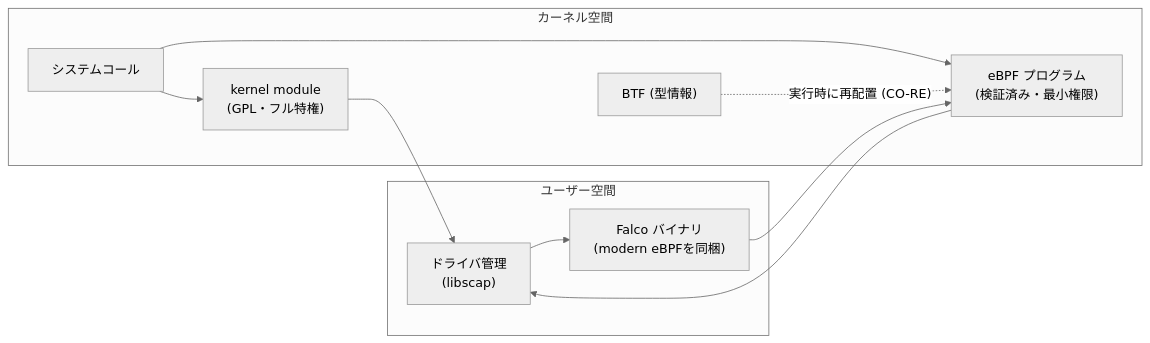
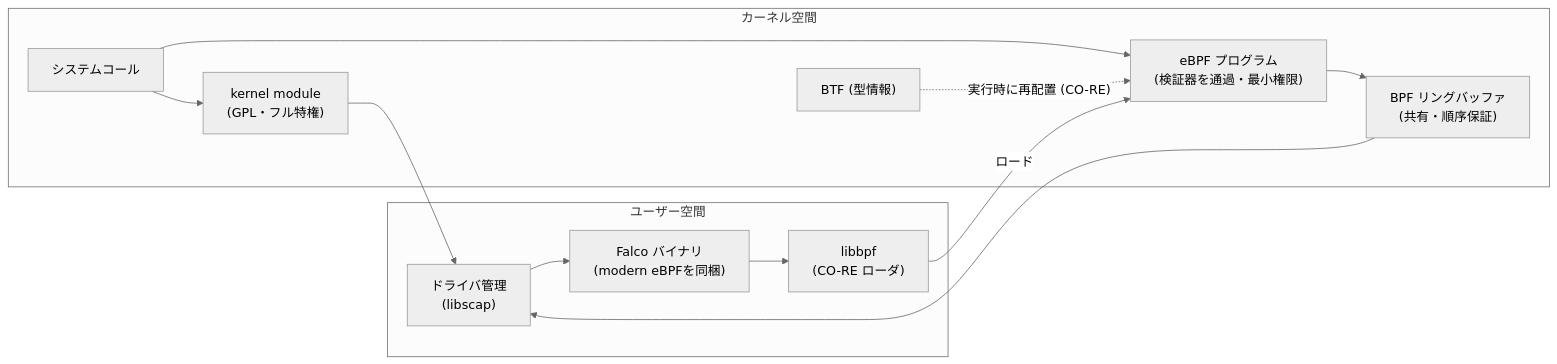
The second of 5 diagrams in books/falco-evolution-nextgen-runtime/chapter01-falco-evolution.md (keitahigaki-prog/zenn-falco-series), drawn with Mermaid (neutral theme) before and after one commit. The commit also changed other lines of this file, not shown here.

````diff
--- a/books/falco-evolution-nextgen-runtime/chapter01-falco-evolution.md
+++ b/books/falco-evolution-nextgen-runtime/chapter01-falco-evolution.md
@@ -82,20 +120,24 @@
 ```mermaid
 flowchart LR
     subgraph K["カーネル空間"]
         SC["システムコール"]
         KM["kernel module<br/>(GPL・フル特権)"]
-        EBPF["eBPF プログラム<br/>(検証済み・最小権限)"]
+        EBPF["eBPF プログラム<br/>(検証器を通過・最小権限)"]
         BTF["BTF (型情報)"]
+        RB["BPF リングバッファ<br/>(共有・順序保証)"]
     end
     subgraph U["ユーザー空間"]
+        LIBBPF["libbpf<br/>(CO-RE ローダ)"]
         DRV["ドライバ管理<br/>(libscap)"]
         BIN["Falco バイナリ<br/>(modern eBPFを同梱)"]
     end
     SC --> KM
     SC --> EBPF
     BTF -. "実行時に再配置 (CO-RE)" .-> EBPF
+    BIN --> LIBBPF
+    LIBBPF -- "ロード" --> EBPF
+    EBPF --> RB
+    RB --> DRV
     KM --> DRV
-    EBPF --> DRV
-    BIN --> EBPF
     DRV --> BIN
 ```
````
